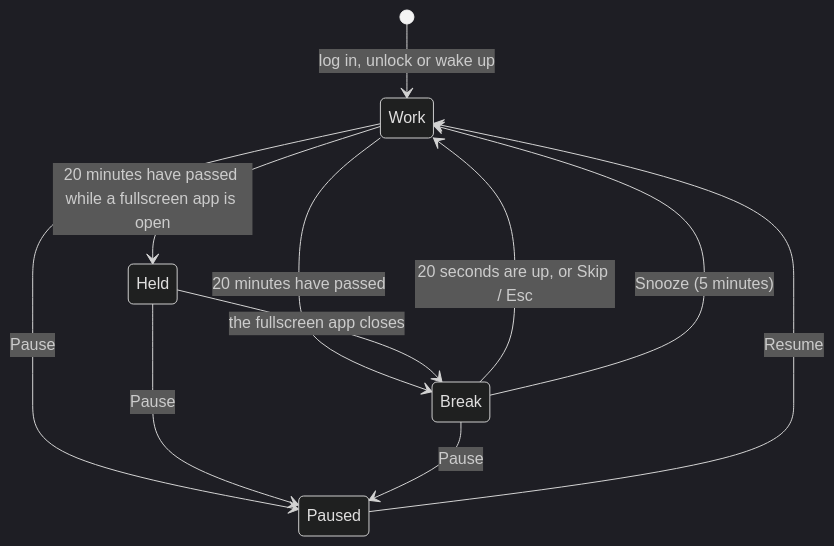
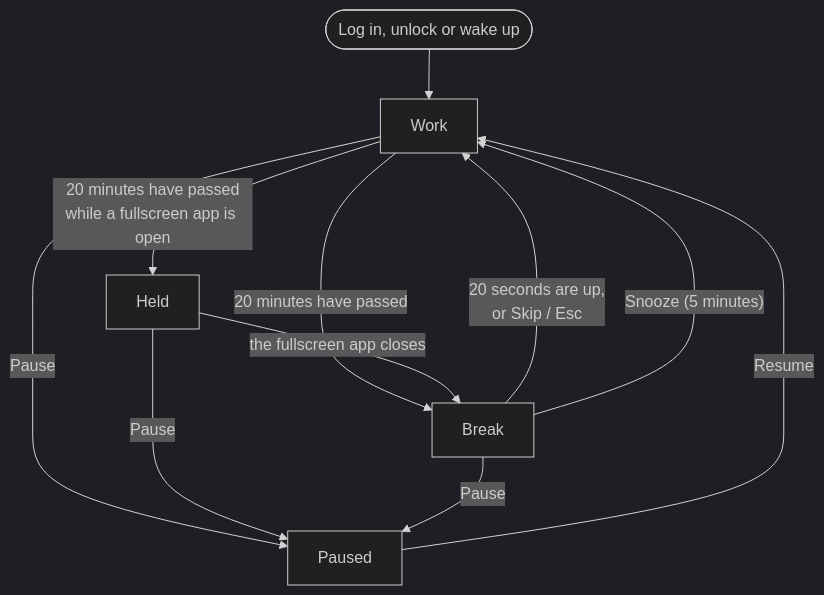
Before and after one commit to saad-rafeque/gnome-eye-break: the second of 2 diagrams in README.md, drawn with Mermaid (dark theme).

Commit message:
README: draw the timer states as a flowchart
GitHub renders flowcharts more reliably than state diagrams.

````diff
--- a/README.md
+++ b/README.md
@@ -179,13 +179,13 @@
 ```mermaid
-stateDiagram-v2
-    [*] --> Work: log in, unlock or wake up
-    Work --> Break: 20 minutes have passed
-    Work --> Held: 20 minutes have passed while a fullscreen app is open
-    Held --> Break: the fullscreen app closes
-    Break --> Work: 20 seconds are up, or Skip / Esc
-    Break --> Work: Snooze (5 minutes)
-    Work --> Paused: Pause
-    Held --> Paused: Pause
-    Break --> Paused: Pause
-    Paused --> Work: Resume
+flowchart TD
+    Start(["Log in, unlock or wake up"]) --> Work
+    Work -- "20 minutes have passed" --> Break
+    Work -- "20 minutes have passed<br/>while a fullscreen app is open" --> Held
+    Held -- "the fullscreen app closes" --> Break
+    Break -- "20 seconds are up,<br/>or Skip / Esc" --> Work
+    Break -- "Snooze (5 minutes)" --> Work
+    Work -- "Pause" --> Paused
+    Held -- "Pause" --> Paused
+    Break -- "Pause" --> Paused
+    Paused -- "Resume" --> Work
 ```
````
